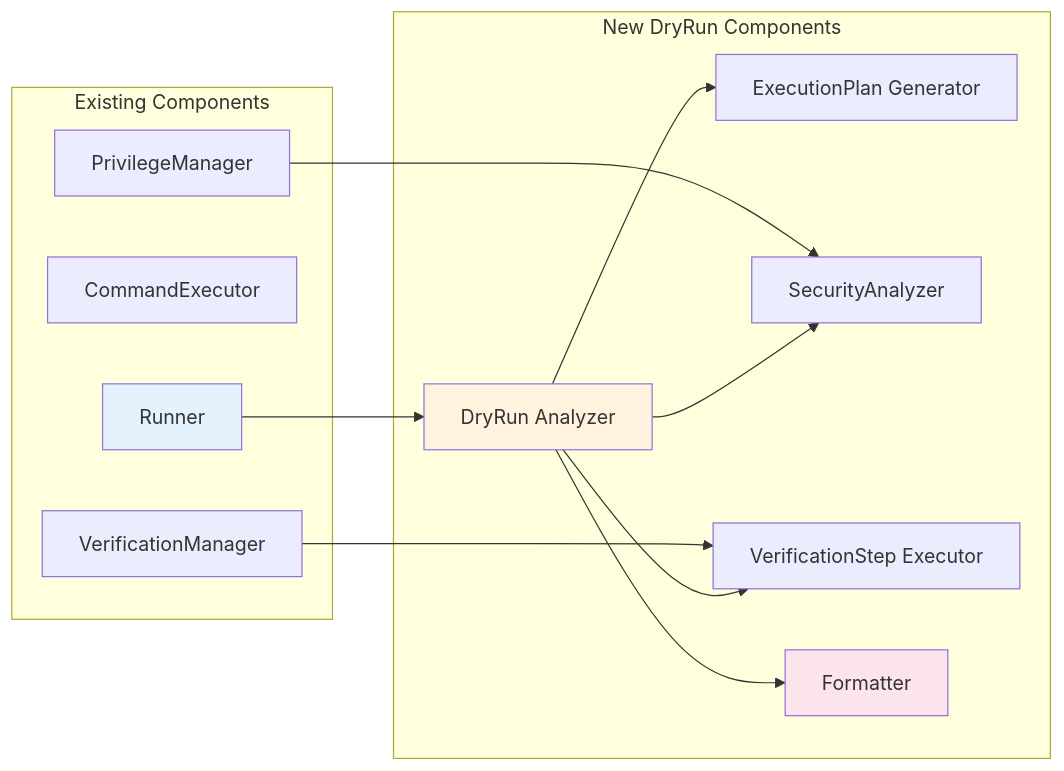
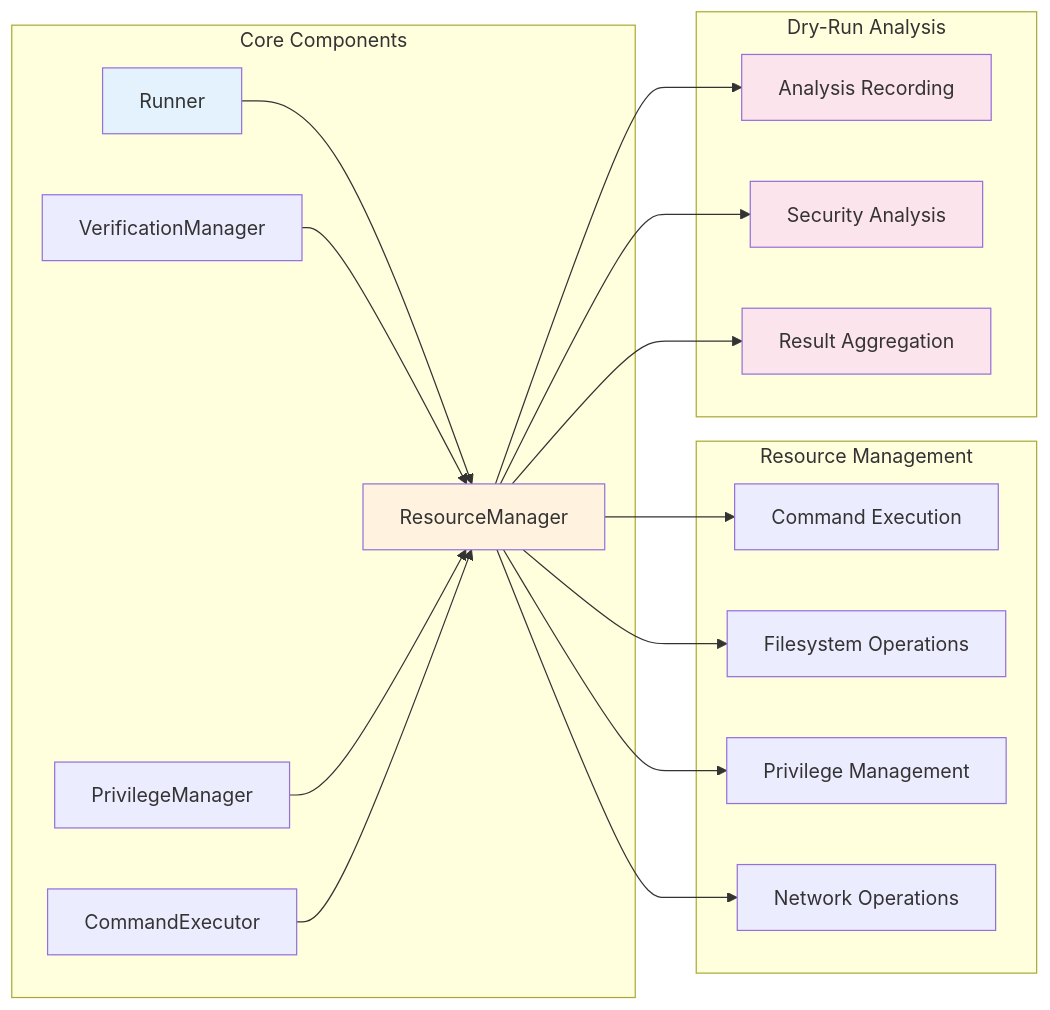
Before and after one commit to isseis/go-safe-cmd-runner: the second of 3 diagrams in docs/tasks/0017_realistic_dry_run/02_architecture.md, drawn with Mermaid. The commit also changed other lines of this file and 2 other files, not shown here.

First line of the commit message:
Refactor: Transition to Resource Manager Pattern for Dry-Run

````diff
--- a/docs/tasks/0017_realistic_dry_run/02_architecture.md
+++ b/docs/tasks/0017_realistic_dry_run/02_architecture.md
@@ -47,29 +49,43 @@
 ```mermaid
 graph LR
-    subgraph "Existing Components"
+    subgraph "Core Components"
         A[Runner]
-        B[CommandExecutor]
+        B[ResourceManager]
         C[VerificationManager]
         D[PrivilegeManager]
+        E[CommandExecutor]
     end
 
-    subgraph "New DryRun Components"
-        E[DryRun Analyzer]
-        F[ExecutionPlan Generator]
-        G[SecurityAnalyzer]
-        H[VerificationStep Executor]
-        I[Formatter]
+    subgraph "Resource Management"
+        F[Command Execution]
+        G[Filesystem Operations]
+        H[Privilege Management]
+        I[Network Operations]
     end
 
-    A --> E
-    C --> H
-    D --> G
-    E --> F
-    E --> G
-    E --> H
-    E --> I
+    subgraph "Dry-Run Analysis"
+        J[Analysis Recording]
+        K[Security Analysis]
+        L[Result Aggregation]
+    end
+
+    A --> B
+    B --> F
+    B --> G
+    B --> H
+    B --> I
+
+    B --> J
+    B --> K
+    B --> L
+
+    C --> B
+    D --> B
+    E --> B
 
     style A fill:#e3f2fd
-    style E fill:#fff3e0
-    style I fill:#fce4ec
+    style B fill:#fff3e0
+    style J fill:#fce4ec
+    style K fill:#fce4ec
+    style L fill:#fce4ec
 ```
````
